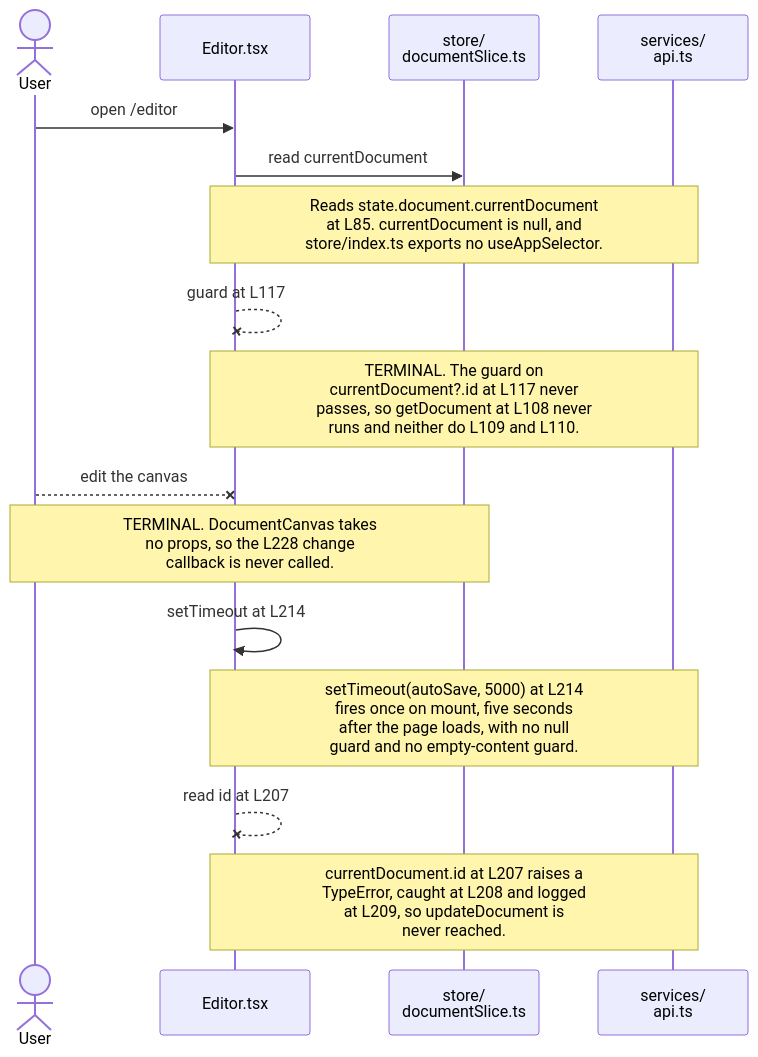
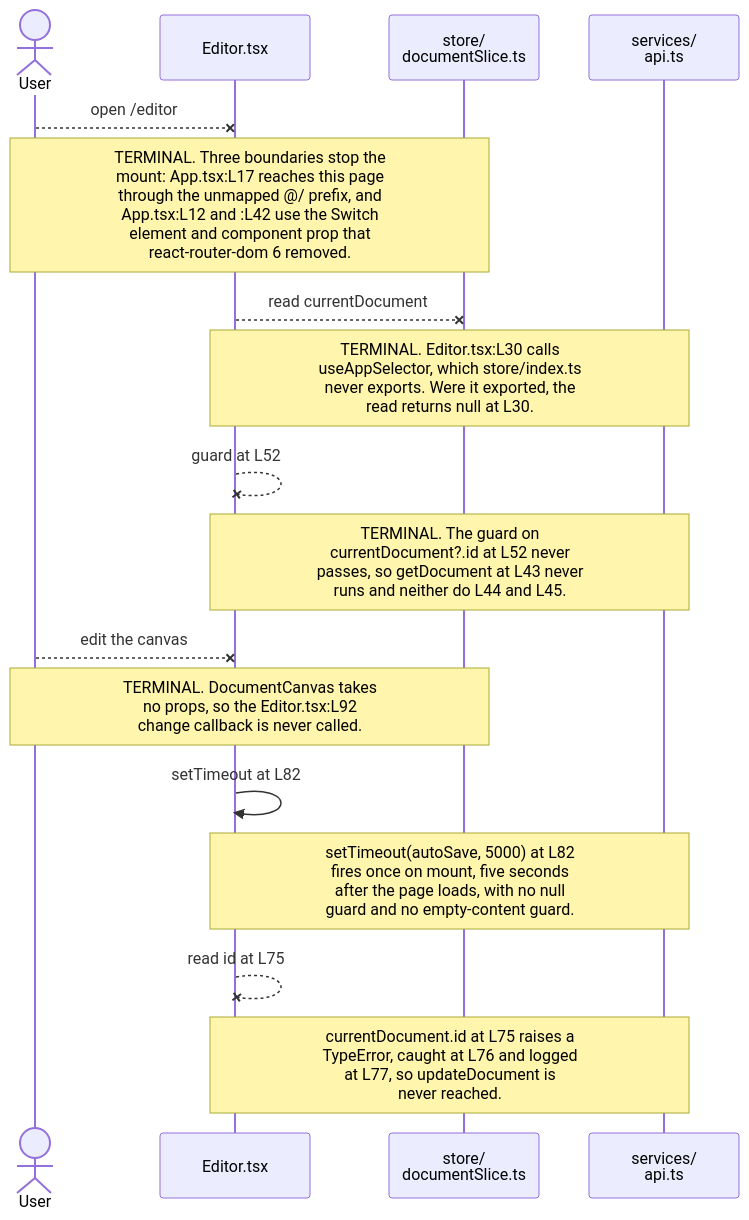
The diagram in frontend/src/pages/README.md (blitzy-public-samples/microsoft-word-u33ko0), drawn with Mermaid before and after one commit. The commit also changed other lines of this file and 69 other files, not shown here.

````diff
--- a/frontend/src/pages/README.md
+++ b/frontend/src/pages/README.md
@@ -124,21 +125,22 @@
 ```mermaid
 sequenceDiagram
     accTitle: Document load and the five-second debounced auto-save on the editor page
-    accDescr: Both flows terminate. The load flow stops because the store exports no useAppSelector and currentDocument stays null, so the guard never passes. The save flow stops because DocumentCanvas takes no props, so the change callback is never called, and the timer that does fire reads an id off null.
+    accDescr: A solid arrow holds in the committed code and a crossed arrow marks a step that cannot happen. Four steps are crossed. The route never mounts the page, the store read reaches no exported selector, the guard never passes because currentDocument stays null, and the change callback is never called because DocumentCanvas takes no props. The timer the page does schedule then reads an id off null.
     actor User
     participant Page as Editor.tsx
     participant Store as store/<br/>documentSlice.ts
     participant API as services/<br/>api.ts
 
-    User->>Page: open /editor
-    Page->>Store: read currentDocument
-    Note over Page,API: Reads state.document.currentDocument<br/>at L85. currentDocument is null, and<br/>store/index.ts exports no useAppSelector.
-    Page--xPage: guard at L117
-    Note over Page,API: TERMINAL. The guard on<br/>currentDocument?.id at L117 never<br/>passes, so getDocument at L108 never<br/>runs and neither do L109 and L110.
+    User--xPage: open /editor
+    Note over User,Store: TERMINAL. Three boundaries stop the<br/>mount: App.tsx:L17 reaches this page<br/>through the unmapped @/ prefix, and<br/>App.tsx:L12 and :L42 use the Switch<br/>element and component prop that<br/>react-router-dom 6 removed.
+    Page--xStore: read currentDocument
+    Note over Page,API: TERMINAL. Editor.tsx:L30 calls<br/>useAppSelector, which store/index.ts<br/>never exports. Were it exported, the<br/>read returns null at L30.
+    Page--xPage: guard at L52
+    Note over Page,API: TERMINAL. The guard on<br/>currentDocument?.id at L52 never<br/>passes, so getDocument at L43 never<br/>runs and neither do L44 and L45.
     User--xPage: edit the canvas
-    Note over User,Store: TERMINAL. DocumentCanvas takes<br/>no props, so the L228 change<br/>callback is never called.
-    Page->>Page: setTimeout at L214
-    Note over Page,API: setTimeout(autoSave, 5000) at L214<br/>fires once on mount, five seconds<br/>after the page loads, with no null<br/>guard and no empty-content guard.
-    Page--xPage: read id at L207
-    Note over Page,API: currentDocument.id at L207 raises a<br/>TypeError, caught at L208 and logged<br/>at L209, so updateDocument is<br/>never reached.
+    Note over User,Store: TERMINAL. DocumentCanvas takes<br/>no props, so the Editor.tsx:L92<br/>change callback is never called.
+    Page->>Page: setTimeout at L82
+    Note over Page,API: setTimeout(autoSave, 5000) at L82<br/>fires once on mount, five seconds<br/>after the page loads, with no null<br/>guard and no empty-content guard.
+    Page--xPage: read id at L75
+    Note over Page,API: currentDocument.id at L75 raises a<br/>TypeError, caught at L76 and logged<br/>at L77, so updateDocument is<br/>never reached.
 ```
````
